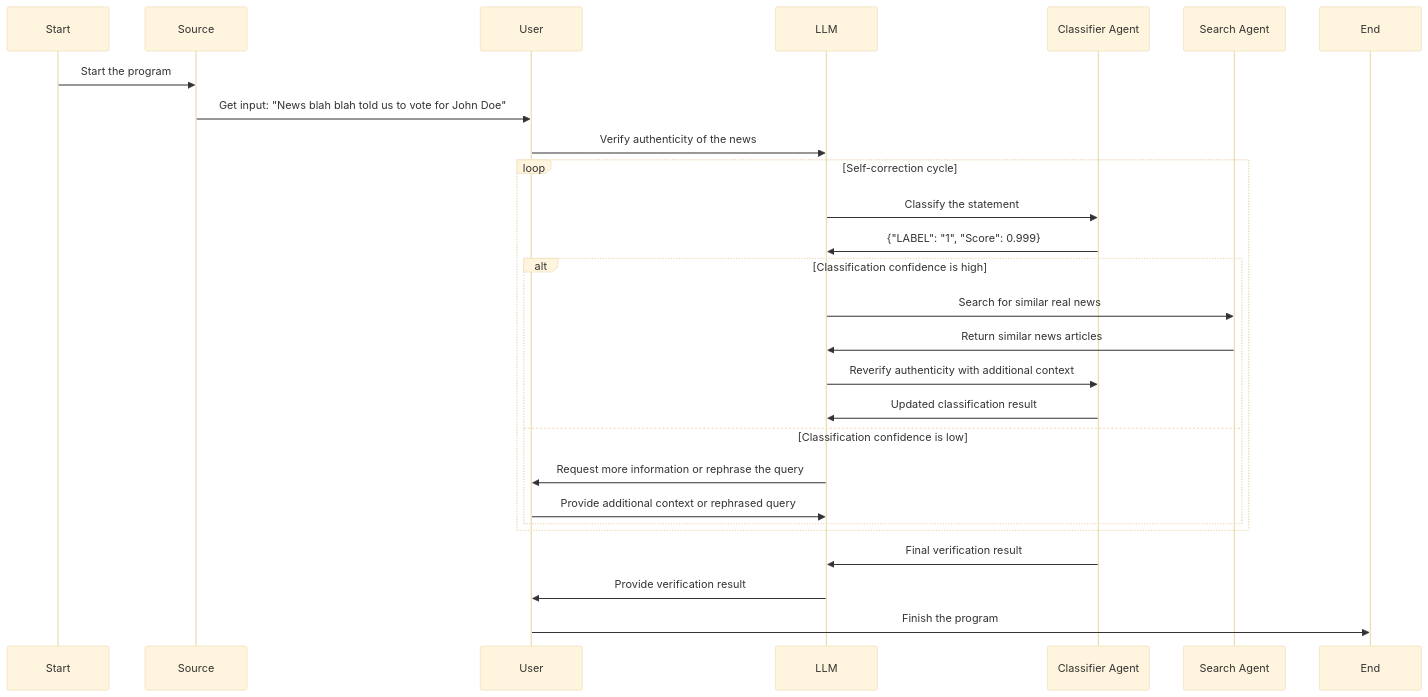
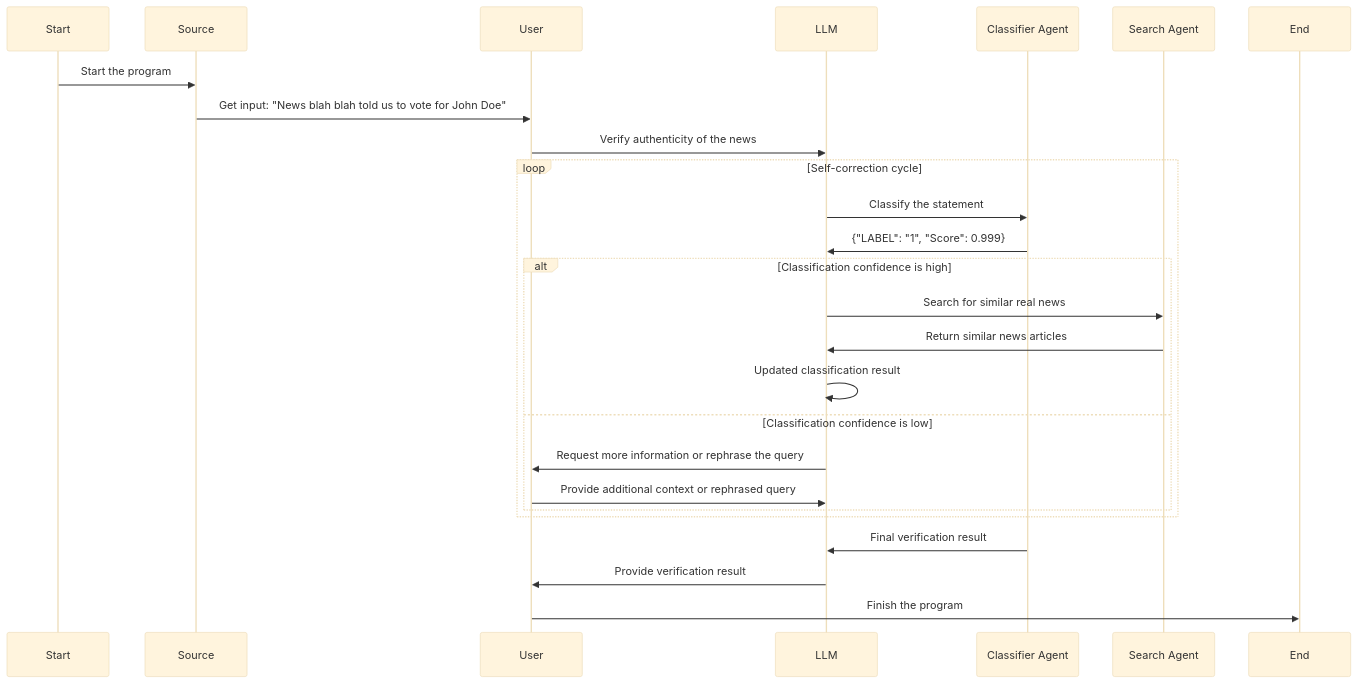
Before and after one commit to lliang25/system-diagram: the diagram in examples/01_real_fake_news.md, drawn with Mermaid (base theme).

````diff
--- a/examples/01_real_fake_news.md
+++ b/examples/01_real_fake_news.md
@@ -3,31 +3,30 @@
 ```mermaid
 sequenceDiagram
    participant S as Start
    participant SRC as Source
    participant U as User
    participant L as LLM
    participant A1 as Classifier Agent
    participant A2 as Search Agent
    participant ED as End
 
 
    S->>SRC: Start the program
    SRC->>U: Get input: "News blah blah told us to vote for John Doe"
    U->>L: Verify authenticity of the news
    loop Self-correction cycle
        L->>A1: Classify the statement
        A1->>L: {"LABEL": "1", "Score": 0.999}
        alt Classification confidence is high
            L->>A2: Search for similar real news
            A2->>L: Return similar news articles
-           L->>A1: Reverify authenticity with additional context
-           A1->>L: Updated classification result
+           L->>L: Updated classification result
        else Classification confidence is low
            L->>U: Request more information or rephrase the query
            U->>L: Provide additional context or rephrased query
        end
    end
    A1->>L: Final verification result
    L->>U: Provide verification result
    U->>ED: Finish the program
 ```
````
